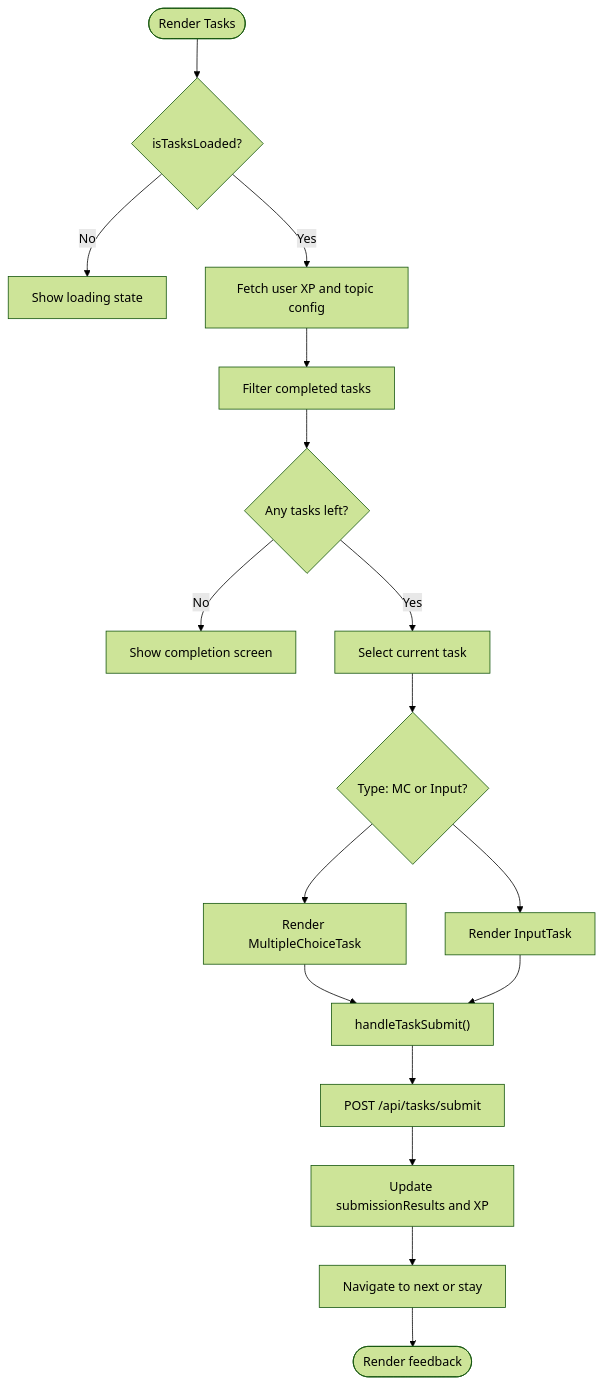
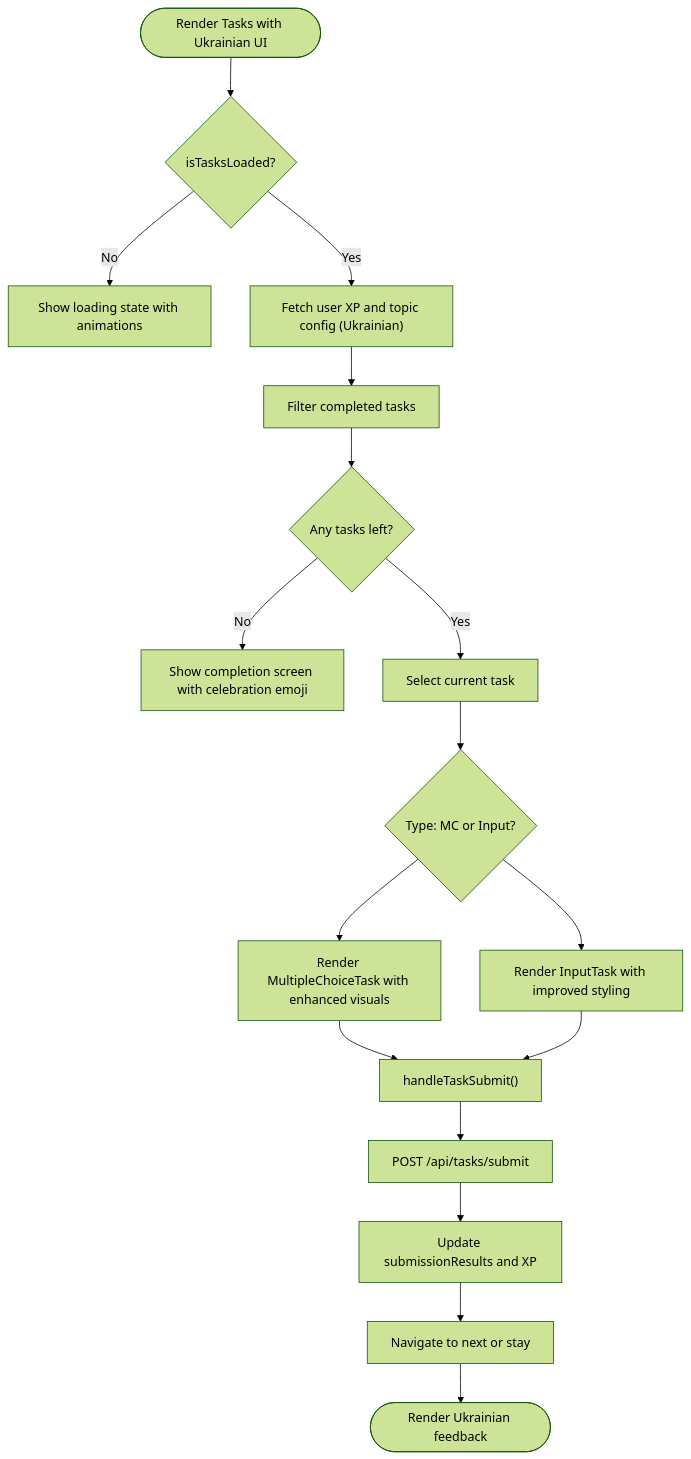
The third of 10 diagrams in .qoder/repowiki/en/content/Core Features/Learning Interface/Learning Interface.md (AlexKutz/math-app-next-js), drawn with Mermaid (forest theme) before and after one commit. The commit also changed other lines of this file and 9 other files, not shown here.

````diff
--- a/.qoder/repowiki/en/content/Core Features/Learning Interface/Learning Interface.md
+++ b/.qoder/repowiki/en/content/Core Features/Learning Interface/Learning Interface.md
@@ -177,19 +219,19 @@
 ```mermaid
 flowchart TD
-Start(["Render Tasks"]) --> CheckLoaded{"isTasksLoaded?"}
-CheckLoaded --> |No| Loading["Show loading state"]
-CheckLoaded --> |Yes| FetchXP["Fetch user XP and topic config"]
+Start(["Render Tasks with Ukrainian UI"]) --> CheckLoaded{"isTasksLoaded?"}
+CheckLoaded --> |No| Loading["Show loading state with animations"]
+CheckLoaded --> |Yes| FetchXP["Fetch user XP and topic config (Ukrainian)"]
 FetchXP --> Filter["Filter completed tasks"]
 Filter --> HasTasks{"Any tasks left?"}
-HasTasks --> |No| Completion["Show completion screen"]
+HasTasks --> |No| Completion["Show completion screen with celebration emoji"]
 HasTasks --> |Yes| Select["Select current task"]
 Select --> RenderComp{"Type: MC or Input?"}
-RenderComp --> MC["Render MultipleChoiceTask"]
-RenderComp --> INP["Render InputTask"]
+RenderComp --> MC["Render MultipleChoiceTask with enhanced visuals"]
+RenderComp --> INP["Render InputTask with improved styling"]
 MC --> Submit["handleTaskSubmit()"]
 INP --> Submit
 Submit --> PostAPI["POST /api/tasks/submit"]
 PostAPI --> Update["Update submissionResults and XP"]
 Update --> Nav["Navigate to next or stay"]
-Nav --> End(["Render feedback"])
+Nav --> End(["Render Ukrainian feedback"])
 ```
````
